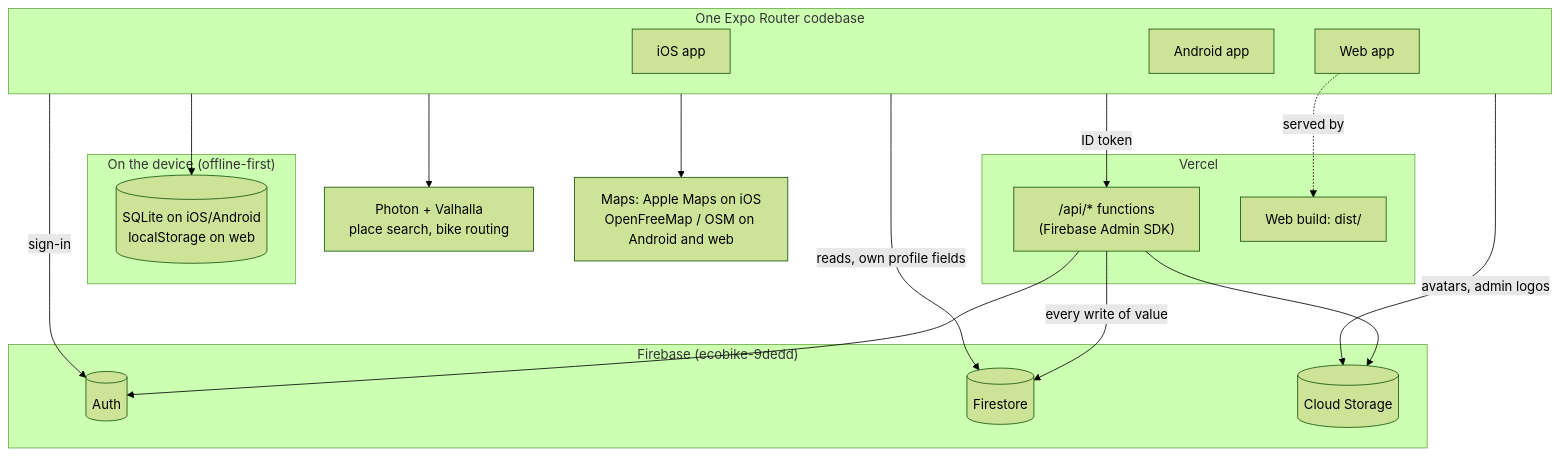
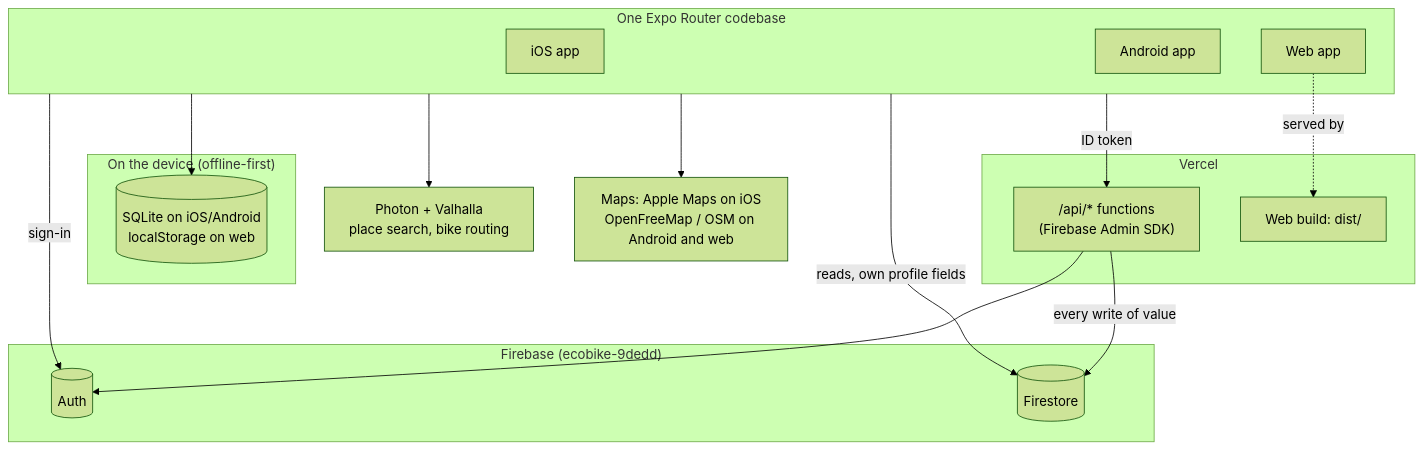
The first of 4 diagrams in README.md (DonatoNicolasAyalaOsorio73/ecobike), drawn with Mermaid (forest theme) before and after one commit. The commit also changed other lines of this file and 25 other files, not shown here.

````diff
--- a/README.md
+++ b/README.md
@@ -34,34 +34,31 @@
 ```mermaid
 flowchart TB
   subgraph Clients["One Expo Router codebase"]
     ios[iOS app]
     android[Android app]
     web[Web app]
   end
   subgraph Device["On the device (offline-first)"]
     local[(SQLite on iOS/Android<br/>localStorage on web)]
   end
   subgraph Vercel
     api["/api/* functions<br/>(Firebase Admin SDK)"]
     static[Web build: dist/]
   end
   subgraph Firebase["Firebase (ecobike-9dedd)"]
     auth[(Auth)]
     fs[(Firestore)]
-    st[(Cloud Storage)]
   end
   geo[Photon + Valhalla<br/>place search, bike routing]
   maps[Maps: Apple Maps on iOS<br/>OpenFreeMap / OSM on Android and web]
 
   Clients --> local
   Clients -- "ID token" --> api
   Clients -- "reads, own profile fields" --> fs
   Clients -- "sign-in" --> auth
-  Clients -- "avatars, admin logos" --> st
   Clients --> geo
   Clients --> maps
   web -. served by .-> static
   api -- "every write of value" --> fs
   api --> auth
-  api --> st
 ```
````
